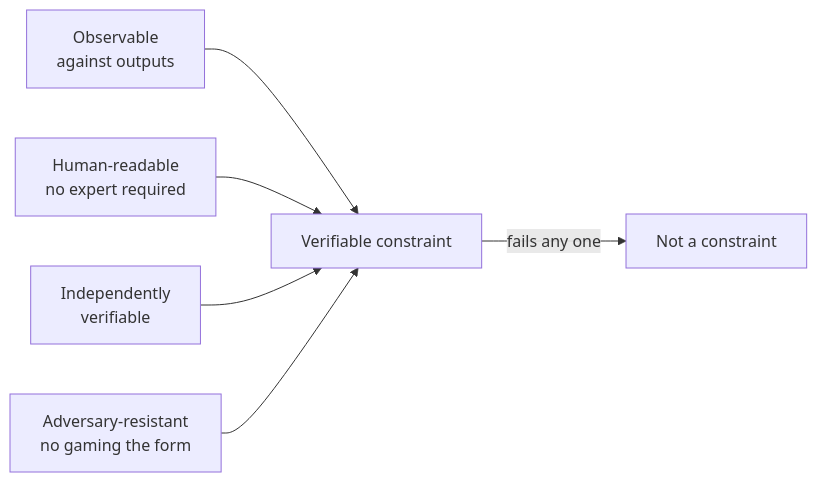
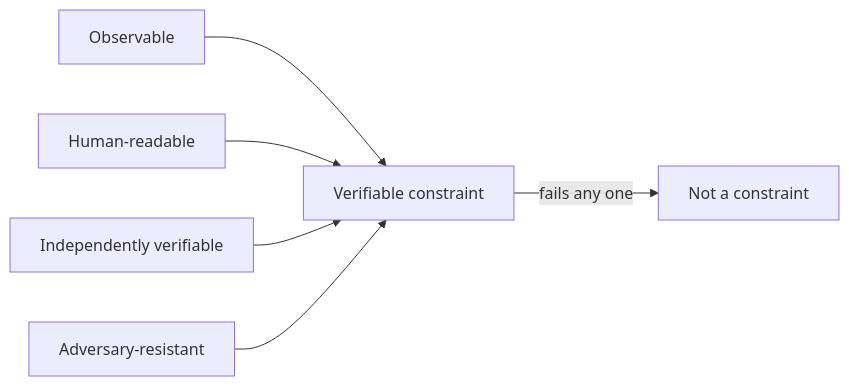
The first of 3 diagrams in src/content/research/cognitive-security-part7.mdx (CyberdaemonAI/cyberdaemon-site), drawn with Mermaid before and after one commit. The commit also changed other lines of this file and 10 other files, not shown here.

First line of the commit message:
fix(content): mermaid single-line labels, lint clean, workflow auth

````diff
--- a/src/content/research/cognitive-security-part7.mdx
+++ b/src/content/research/cognitive-security-part7.mdx
@@ -55,8 +55,8 @@
 ```mermaid
 flowchart LR
-  O["Observable\nagainst outputs"] --> V[Verifiable constraint]
-  H["Human-readable\nno expert required"] --> V
-  I["Independently\nverifiable"] --> V
-  A["Adversary-resistant\nno gaming the form"] --> V
+  O[Observable] --> V[Verifiable constraint]
+  H[Human-readable] --> V
+  I[Independently verifiable] --> V
+  A[Adversary-resistant] --> V
   V -->|fails any one| X[Not a constraint]
 ```
````
